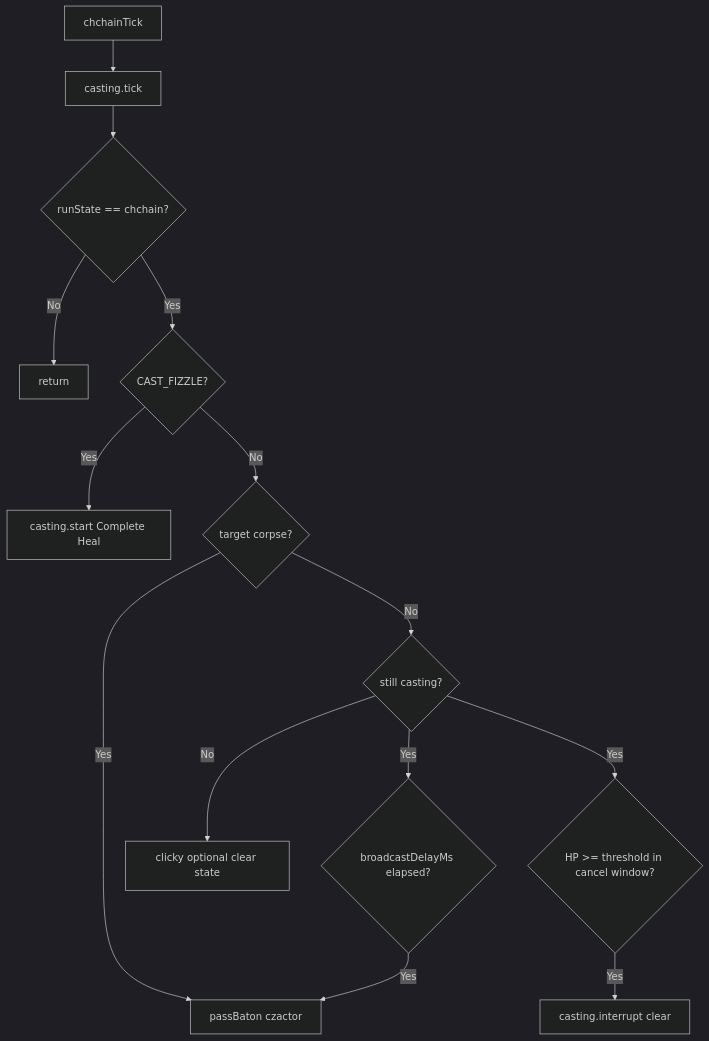
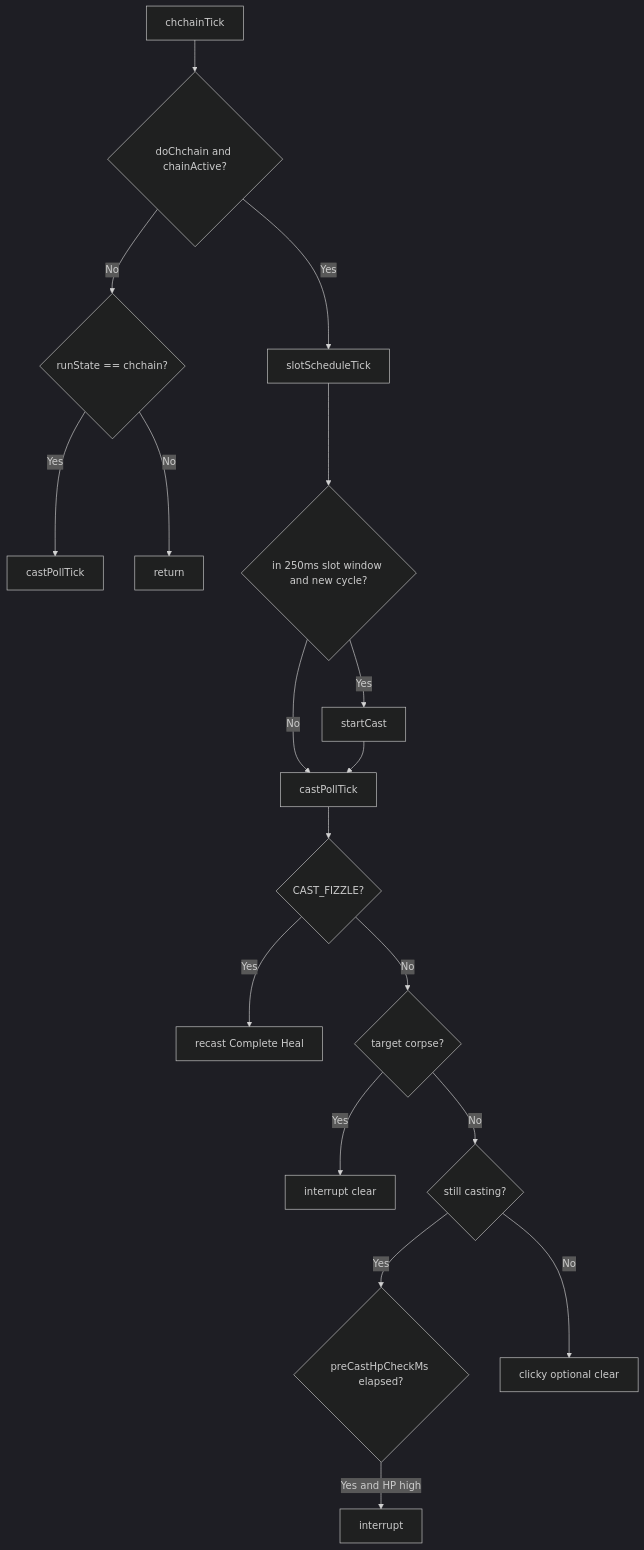
One commit to Cezero/czbot changed the diagram in docs/botlogic/hook-chchain.md. Above: the diagram before and after it, drawn with Mermaid (dark theme). The commit also changed other lines of this file and 10 other files, not shown here.

````diff
--- a/docs/botlogic/hook-chchain.md
+++ b/docs/botlogic/hook-chchain.md
@@ -10,16 +10,20 @@
 ```mermaid
 flowchart TB
-    Start[chchainTick] --> TickCast[casting.tick]
-    TickCast --> State{runState == chchain?}
-    State -->|No| End[return]
-    State -->|Yes| Fizzle{CAST_FIZZLE?}
-    Fizzle -->|Yes| Recast["casting.start Complete Heal"]
+    Start[chchainTick] --> Active{doChchain and chainActive?}
+    Active -->|No| CastOnly{runState == chchain?}
+    CastOnly -->|Yes| Poll[castPollTick]
+    CastOnly -->|No| End[return]
+    Active -->|Yes| Slot[slotScheduleTick]
+    Slot --> Window{in 250ms slot window and new cycle?}
+    Window -->|Yes| Cast[startCast]
+    Window -->|No| Poll2[castPollTick]
+    Cast --> Poll2
+    Poll2 --> Fizzle{CAST_FIZZLE?}
+    Fizzle -->|Yes| Recast[recast Complete Heal]
     Fizzle -->|No| Corpse{target corpse?}
-    Corpse -->|Yes| Baton[passBaton czactor]
+    Corpse -->|Yes| Clear[interrupt clear]
     Corpse -->|No| Casting{still casting?}
-    Casting -->|Yes| Delay{broadcastDelayMs elapsed?}
-    Delay -->|Yes| Baton
-    Casting -->|No| Done[clicky optional clear state]
-    Casting -->|Yes| CancelWindow{HP >= threshold in cancel window?}
-    CancelWindow -->|Yes| StopCast[casting.interrupt clear]
+    Casting -->|Yes| PreLand{preCastHpCheckMs elapsed?}
+    PreLand -->|Yes and HP high| StopCast[interrupt]
+    Casting -->|No| Done[clicky optional clear]
 ```
````
